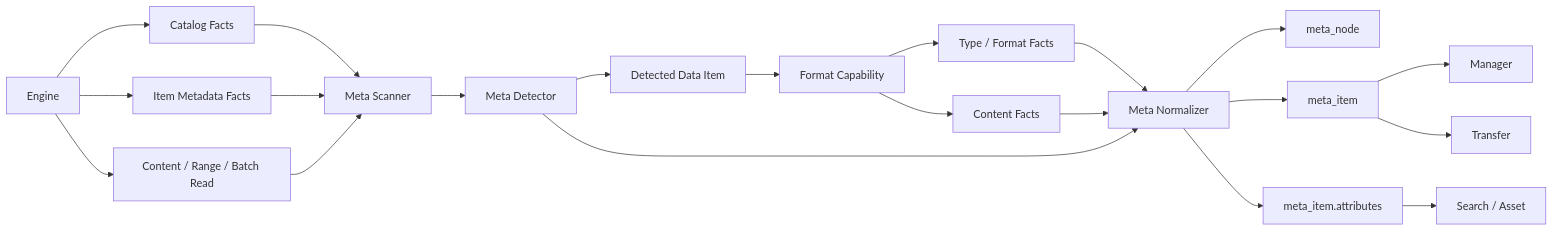
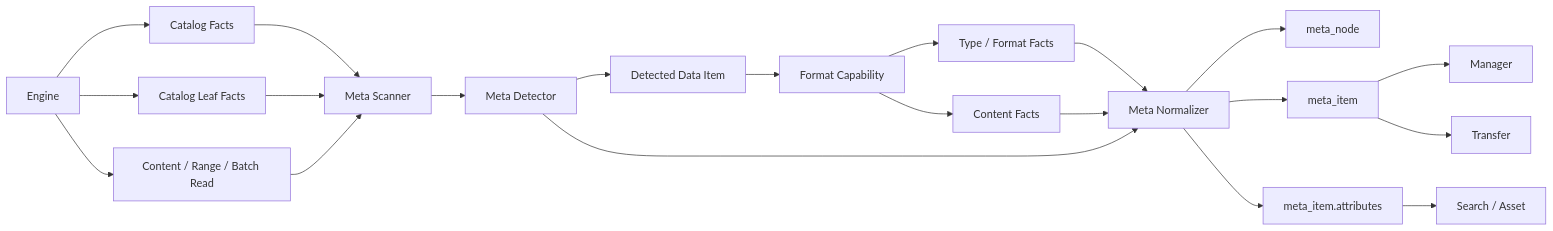
The first of 2 diagrams in docs/concepts/addp元数据体系图.md (pampa0629/addp), drawn with Mermaid before and after one commit. The commit also changed other lines of this file and 334 other files, not shown here.

````diff
--- a/docs/concepts/addp元数据体系图.md
+++ b/docs/concepts/addp元数据体系图.md
@@ -37,29 +37,29 @@
 ```mermaid
 graph LR
     Engine["Engine"] --> Catalog["Catalog Facts"]
-    Engine --> Metadata["Item Metadata Facts"]
+    Engine --> Facts["Catalog Leaf Facts"]
     Engine --> Read["Content / Range / Batch Read"]
 
     Catalog --> Scanner[Meta Scanner]
-    Metadata --> Scanner
+    Facts --> Scanner
     Read --> Scanner
 
     Scanner --> Detector[Meta Detector]
     Detector --> Item[Detected Data Item]
 
     Item --> Format["Format Capability"]
     Format --> Info["Type / Format Facts"]
     Format --> Reader["Content Facts"]
 
     Info --> Normalizer[Meta Normalizer]
     Detector --> Normalizer
     Reader --> Normalizer
 
     Normalizer --> NodeTable[meta_node]
     Normalizer --> ItemTable[meta_item]
     Normalizer --> Attrs["meta_item.attributes"]
 
     Attrs --> Search[Search / Asset]
     ItemTable --> Manager[Manager]
     ItemTable --> Transfer[Transfer]
 ```
````
